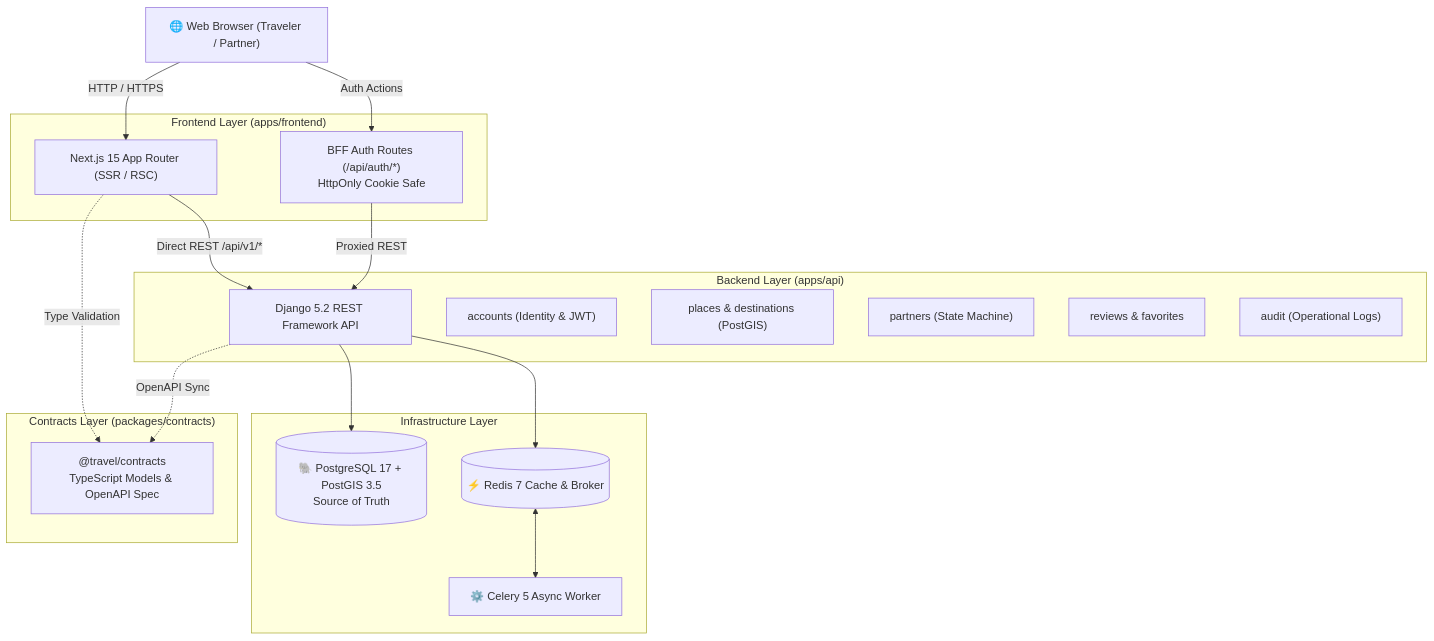
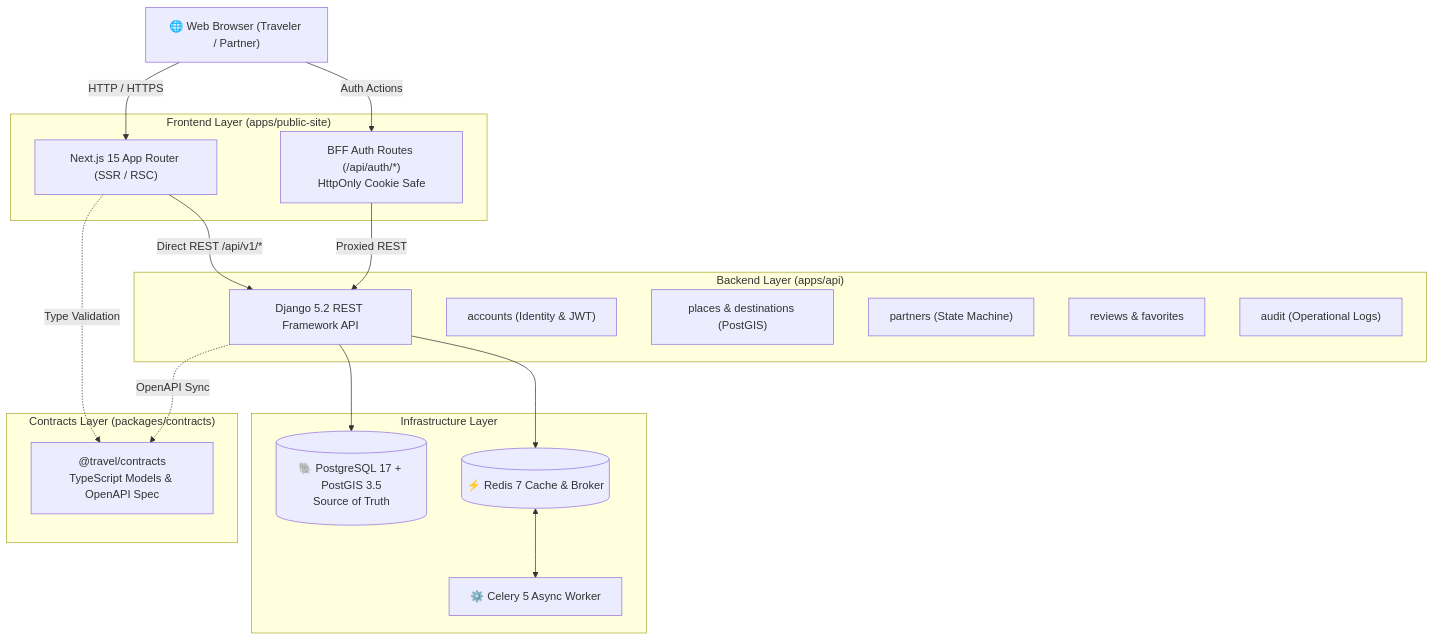
The diagram in README.md (STAR-Trevaling/Website-Traveling), drawn with Mermaid before and after one commit. The commit also changed other lines of this file and 93 other files, not shown here.

Commit message:
chore: rename apps/frontend to apps/public-site

````diff
--- a/README.md
+++ b/README.md
@@ -42,38 +42,38 @@
 ```mermaid
 graph TD
     Client["🌐 Web Browser (Traveler / Partner)"]
     
-    subgraph "Frontend Layer (apps/frontend)"
+    subgraph "Frontend Layer (apps/public-site)"
         NextWeb["Next.js 15 App Router (SSR / RSC)"]
         BFF["BFF Auth Routes (/api/auth/*)<br/>HttpOnly Cookie Safe"]
     end
     
     subgraph "Contracts Layer (packages/contracts)"
         Contracts["@travel/contracts<br/>TypeScript Models & OpenAPI Spec"]
     end
     
     subgraph "Backend Layer (apps/api)"
         DRF["Django 5.2 REST Framework API"]
         AuthCtx["accounts (Identity & JWT)"]
         GeoCtx["places & destinations (PostGIS)"]
         PartnerCtx["partners (State Machine)"]
         ReviewCtx["reviews & favorites"]
         AuditCtx["audit (Operational Logs)"]
     end
     
     subgraph "Infrastructure Layer"
         Postgres[("🐘 PostgreSQL 17 + PostGIS 3.5<br/>Source of Truth")]
         Redis[("⚡ Redis 7 Cache & Broker")]
         CeleryWorker["⚙️ Celery 5 Async Worker"]
     end
 
     Client -->|HTTP / HTTPS| NextWeb
     Client -->|Auth Actions| BFF
     BFF -->|Proxied REST| DRF
     NextWeb -.->|Type Validation| Contracts
     DRF -.->|OpenAPI Sync| Contracts
     NextWeb -->|Direct REST /api/v1/*| DRF
     DRF --> Postgres
     DRF --> Redis
     Redis <--> CeleryWorker
 ```
````
